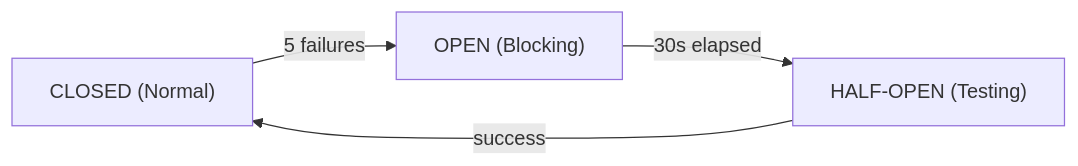
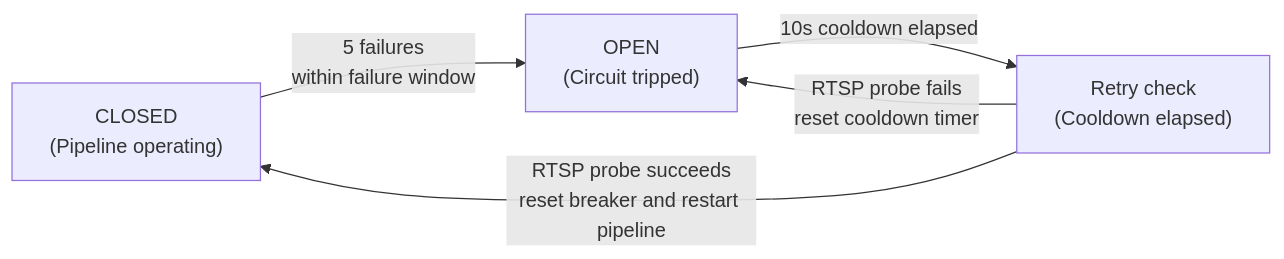
Before and after one commit to intel-retail/order-accuracy: the fifth of 5 diagrams in docs/user-guide/take-away/how-it-works.md, drawn with Mermaid. The commit also changed other lines of this file and 7 other files, not shown here.

Commit message:
[DOCS][Take-Away] Update ASCII diagrams to SVG or Mermaid

````diff
--- a/docs/user-guide/take-away/how-it-works.md
+++ b/docs/user-guide/take-away/how-it-works.md
@@ -614,10 +471,12 @@
 ```mermaid
 flowchart LR
-    CLOSED["CLOSED (Normal)"]
-    OPEN["OPEN (Blocking)"]
-    HALFOPEN["HALF-OPEN (Testing)"]
+  CLOSED["CLOSED<br/>(Pipeline operating)"]
+  OPEN["OPEN<br/>(Circuit tripped)"]
+  RETRY["Retry check<br/>(Cooldown elapsed)"]
 
-    CLOSED -- "5 failures" --> OPEN
-    OPEN -- "30s elapsed" --> HALFOPEN
-    HALFOPEN -- "success" --> CLOSED
+  CLOSED -- "5 failures<br/>within failure window" --> OPEN
+
+  OPEN -- "10s cooldown elapsed" --> RETRY
+  RETRY -- "RTSP probe succeeds<br/>reset breaker and restart pipeline" --> CLOSED
+  RETRY -- "RTSP probe fails<br/>reset cooldown timer" --> OPEN
 ```
````
